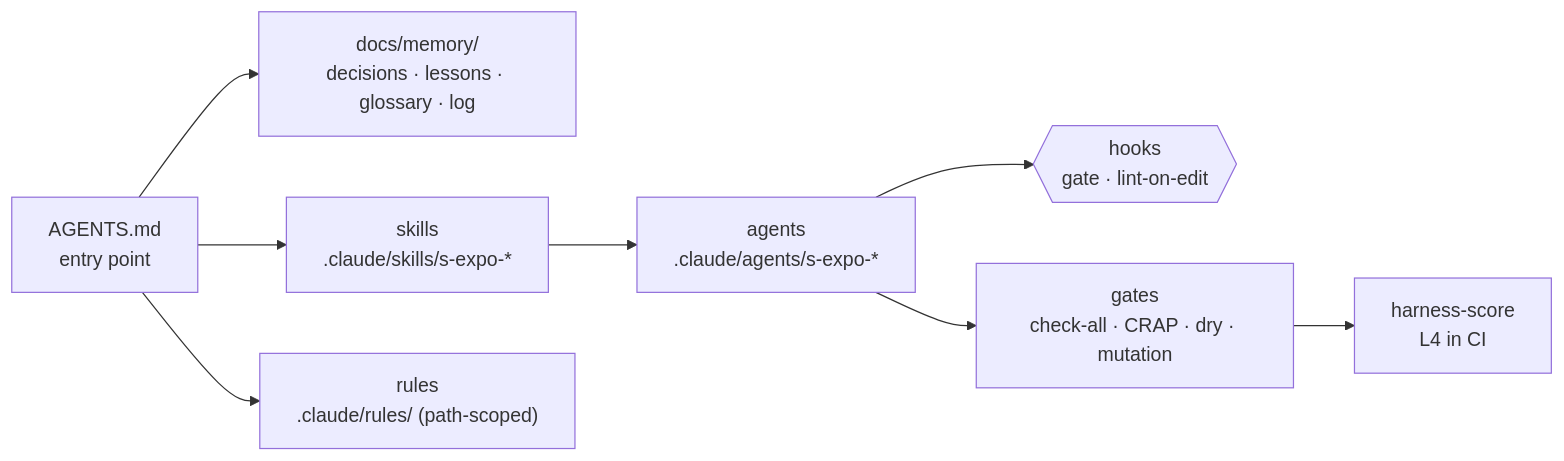
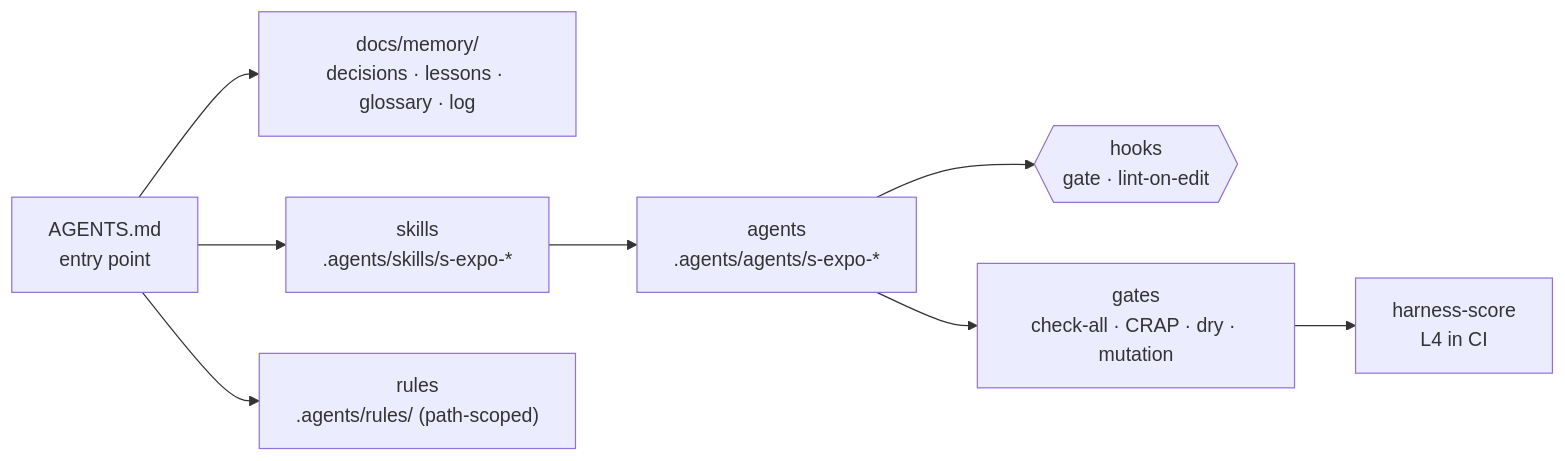
The diagram in docs/harness.md (tiagoolivv/s.expo), drawn with Mermaid before and after one commit. The commit also changed other lines of this file and 62 other files, not shown here.

````diff
--- a/docs/harness.md
+++ b/docs/harness.md
@@ -7,10 +7,10 @@
 ```mermaid
 flowchart LR
     A["AGENTS.md<br/>entry point"] --> M["docs/memory/<br/>decisions · lessons · glossary · log"]
-    A --> S["skills<br/>.claude/skills/s-expo-*"]
-    A --> R["rules<br/>.claude/rules/ (path-scoped)"]
-    S --> AG["agents<br/>.claude/agents/s-expo-*"]
+    A --> S["skills<br/>.agents/skills/s-expo-*"]
+    A --> R["rules<br/>.agents/rules/ (path-scoped)"]
+    S --> AG["agents<br/>.agents/agents/s-expo-*"]
     AG --> H{{"hooks<br/>gate · lint-on-edit"}}
     AG --> G["gates<br/>check-all · CRAP · dry · mutation"]
     G --> HS["harness-score<br/>L4 in CI"]
 ```
````
